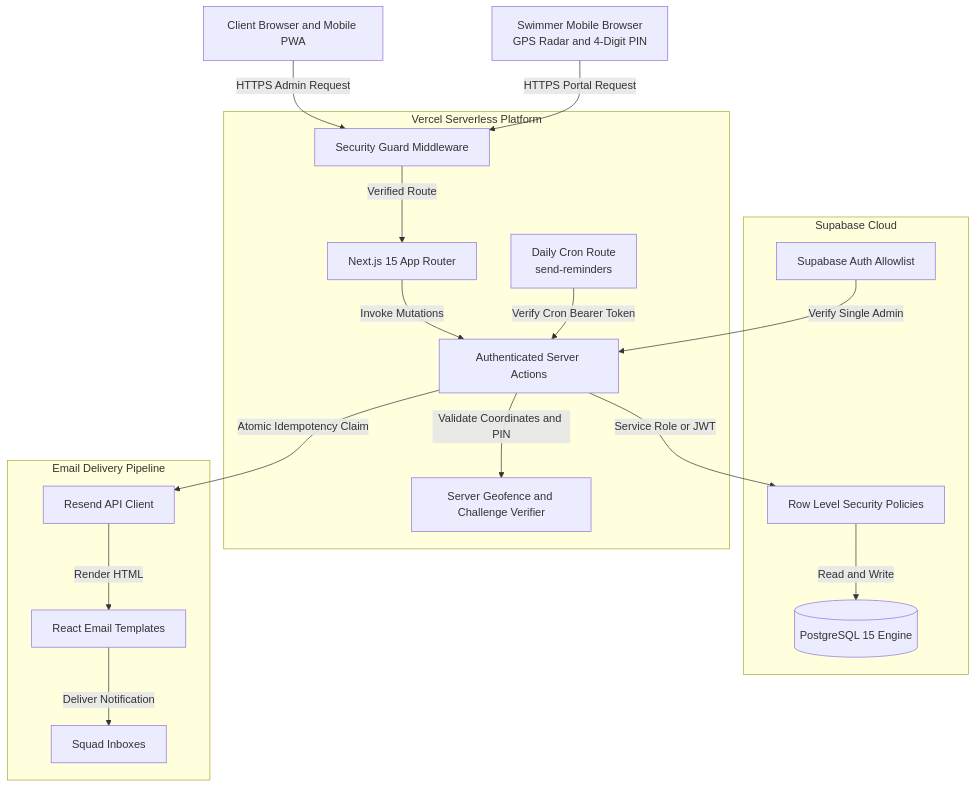
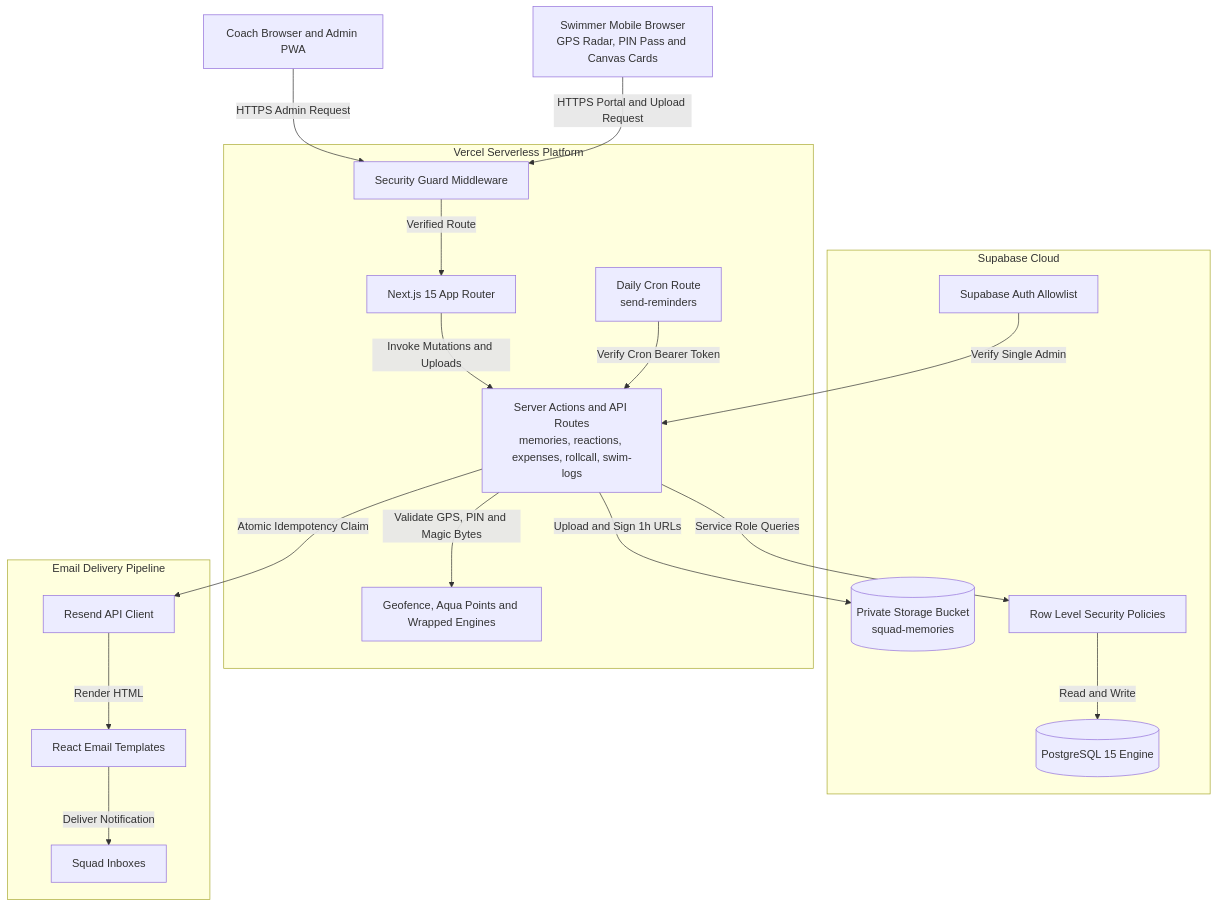
The first of 3 diagrams in README.md (theekshana-sudeepa/swimtrack), drawn with Mermaid before and after one commit. The commit also changed other lines of this file, not shown here.

Commit message:
docs(readme): sync features, Mermaid architecture/ER diagrams, migrations, and structure for Squad Memories, Tier 1, and Tier 2

````diff
--- a/README.md
+++ b/README.md
@@ -97,39 +110,41 @@
 ```mermaid
 flowchart TD
-    Browser["Client Browser and Mobile PWA"]
-    SwimmerDevice["Swimmer Mobile Browser<br/>GPS Radar and 4-Digit PIN"]
+    Browser["Coach Browser and Admin PWA"]
+    SwimmerDevice["Swimmer Mobile Browser<br/>GPS Radar, PIN Pass and Canvas Cards"]
 
     subgraph Vercel["Vercel Serverless Platform"]
         Middleware["Security Guard Middleware"]
         NextApp["Next.js 15 App Router"]
-        ServerActions["Authenticated Server Actions"]
-        GeoEngine["Server Geofence and Challenge Verifier"]
+        ServerActions["Server Actions and API Routes<br/>memories, reactions, expenses, rollcall, swim-logs"]
+        CoreEngines["Geofence, Aqua Points and Wrapped Engines"]
         CronRunner["Daily Cron Route<br/>send-reminders"]
     end
 
-    subgraph Database["Supabase Cloud"]
+    subgraph Supabase["Supabase Cloud"]
         Postgres[("PostgreSQL 15 Engine")]
+        PrivateStorage[("Private Storage Bucket<br/>squad-memories")]
         RLSPolicies["Row Level Security Policies"]
         AuthModule["Supabase Auth Allowlist"]
     end
 
     subgraph MailService["Email Delivery Pipeline"]
         ResendSDK["Resend API Client"]
         Templates["React Email Templates"]
         Inboxes["Squad Inboxes"]
     end
 
     Browser -->|HTTPS Admin Request| Middleware
-    SwimmerDevice -->|HTTPS Portal Request| Middleware
+    SwimmerDevice -->|HTTPS Portal and Upload Request| Middleware
     Middleware -->|Verified Route| NextApp
-    NextApp -->|Invoke Mutations| ServerActions
-    ServerActions -->|Validate Coordinates and PIN| GeoEngine
-    ServerActions -->|Service Role or JWT| RLSPolicies
+    NextApp -->|Invoke Mutations and Uploads| ServerActions
+    ServerActions -->|Validate GPS, PIN and Magic Bytes| CoreEngines
+    ServerActions -->|Service Role Queries| RLSPolicies
+    ServerActions -->|Upload and Sign 1h URLs| PrivateStorage
     AuthModule -->|Verify Single Admin| ServerActions
     RLSPolicies -->|Read and Write| Postgres
 
     CronRunner -->|Verify Cron Bearer Token| ServerActions
     ServerActions -->|Atomic Idempotency Claim| ResendSDK
     ResendSDK -->|Render HTML| Templates
     Templates -->|Deliver Notification| Inboxes
 ```
````
